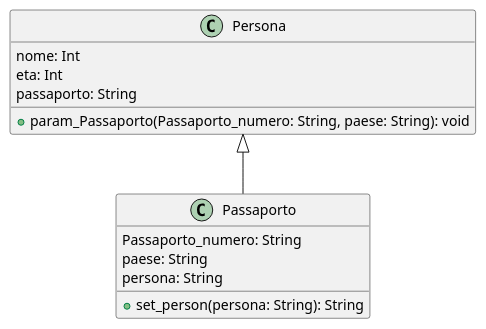
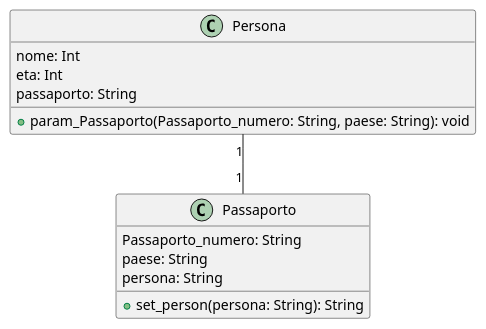
One commit to angelogalantiscuola/2324_4M changed the diagram in 2_classi/esercizio_013.puml. Above: the diagram before and after it, drawn with PlantUML.

Commit message:
esercizio_013.puml

```diff
--- a/2_classi/esercizio_013.puml
+++ b/2_classi/esercizio_013.puml
@@ -1,19 +1,19 @@
 @startuml es12
 class Persona {
    nome: Int
    eta: Int
    passaporto: String
   + param_Passaporto(Passaporto_numero: String, paese: String): void
 }
 
 class Passaporto {
    Passaporto_numero: String
    paese: String
    persona: String
   + set_person(persona: String): String
 
 }
 
-Persona <|-- Passaporto
+Persona "1"--"1" Passaporto
 
 @enduml
```
